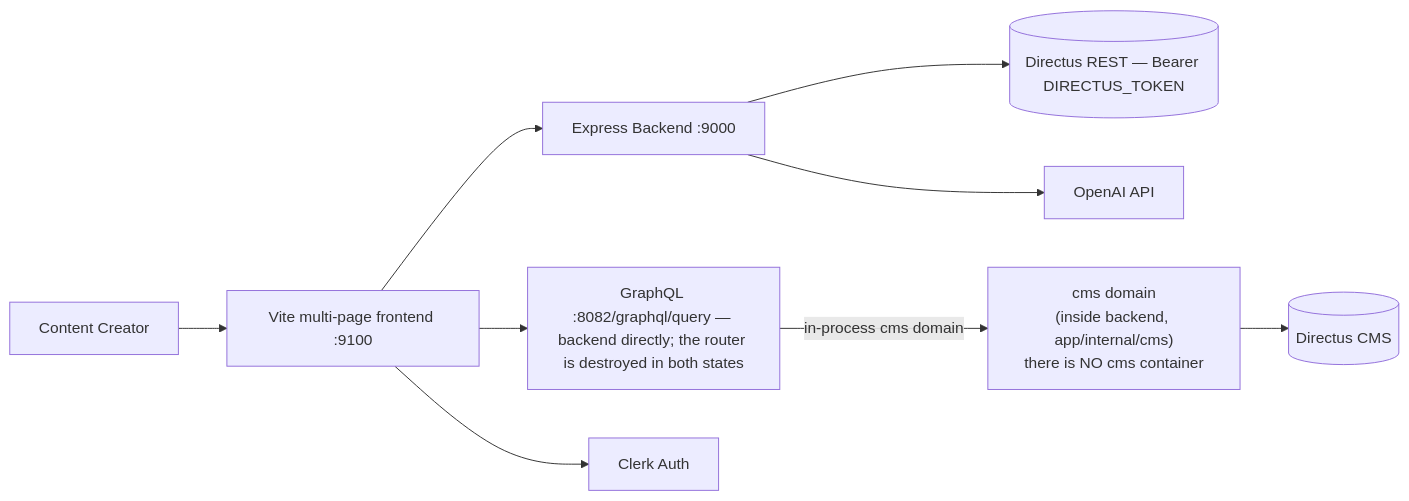
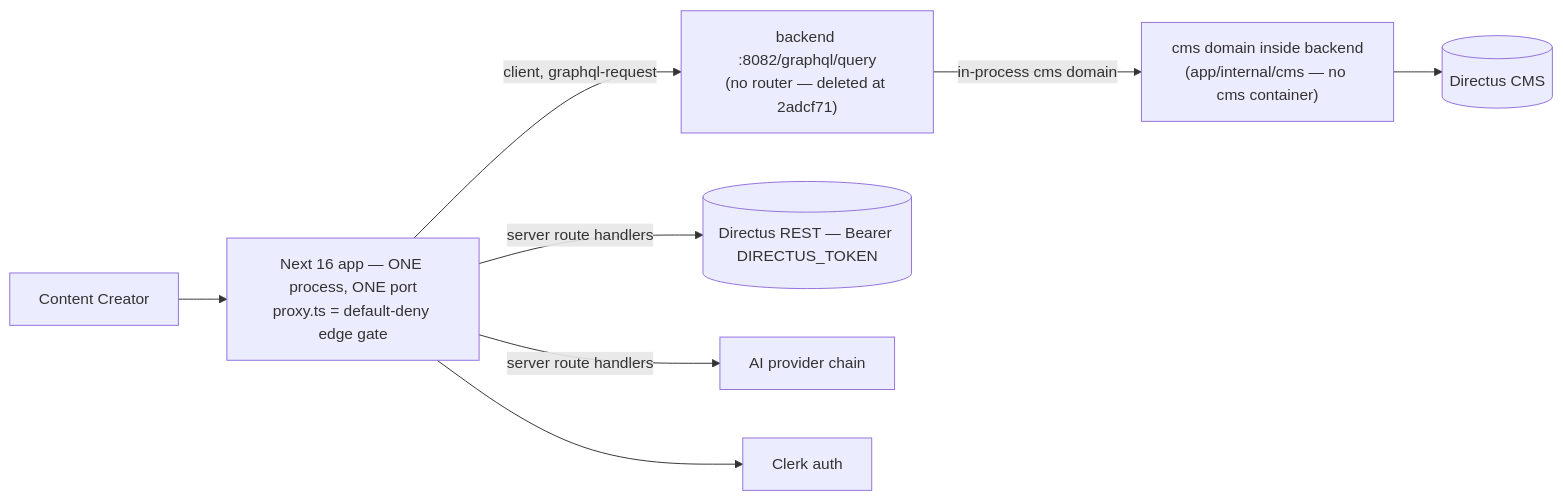
Before and after one commit to anthropos-work/rosetta: the diagram in corpus/services/studio-desk.md, drawn with Mermaid. The commit also changed other lines of this file and 7 other files, not shown here.

First line of the commit message:
docs(studio-desk): the Next migration — one process, one port, and a health route that cannot see failure

````diff
--- a/corpus/services/studio-desk.md
+++ b/corpus/services/studio-desk.md
@@ -55,11 +70,10 @@
 ```mermaid
 graph LR
-    User[Content Creator] --> Frontend[Vite multi-page frontend :9100]
-    Frontend --> Backend[Express Backend :9000]
-    Frontend --> GraphQL[GraphQL :8082/graphql/query — backend directly; the router is destroyed in both states]
-    Backend --> DirectusREST[(Directus REST — Bearer DIRECTUS_TOKEN)]
-    Backend --> OpenAI[OpenAI API]
-    Frontend --> Clerk[Clerk Auth]
-    GraphQL -->|in-process cms domain| CMS["cms domain<br/>(inside backend, app/internal/cms)<br/>there is NO cms container"]
+    User[Content Creator] --> Next["Next 16 app — ONE process, ONE port<br/>proxy.ts = default-deny edge gate"]
+    Next -->|client, graphql-request| GraphQL["backend :8082/graphql/query<br/>(no router — deleted at 2adcf71)"]
+    Next -->|server route handlers| DirectusREST[(Directus REST — Bearer DIRECTUS_TOKEN)]
+    Next -->|server route handlers| AI[AI provider chain]
+    Next --> Clerk[Clerk auth]
+    GraphQL -->|in-process cms domain| CMS["cms domain inside backend<br/>(app/internal/cms — no cms container)"]
     CMS --> Directus[(Directus CMS)]
 ```
````
